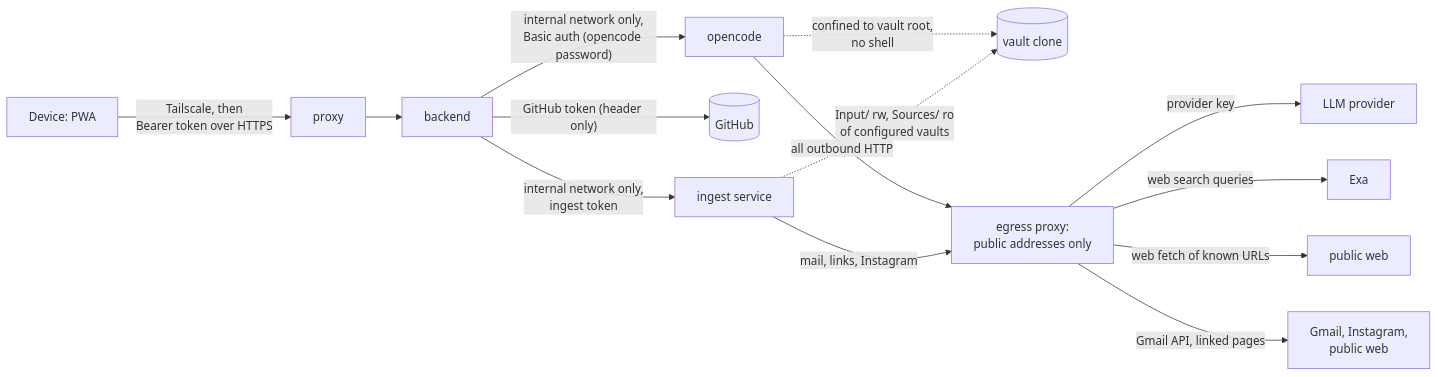
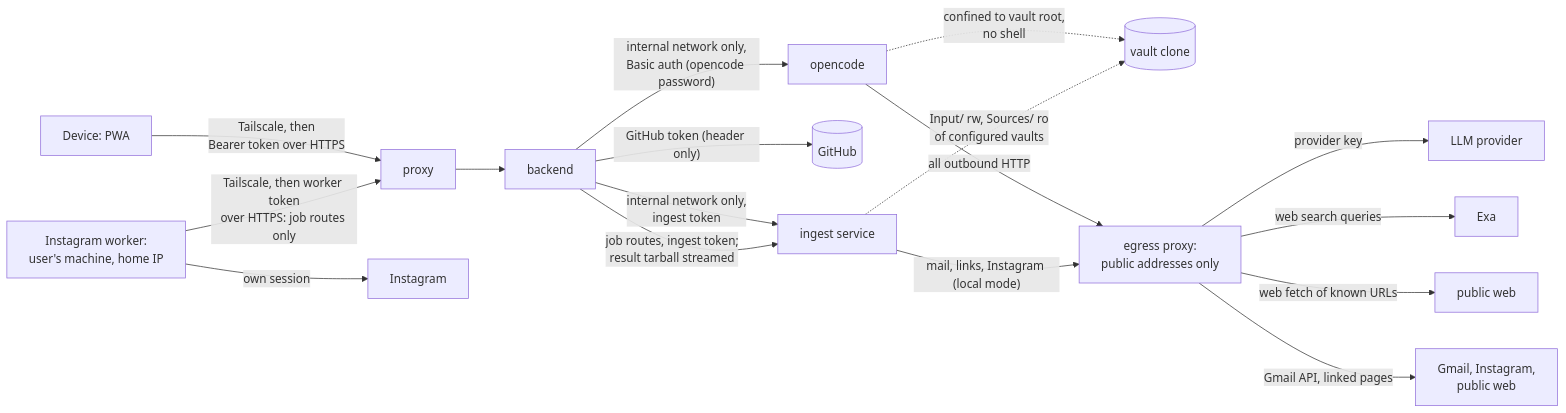
One commit to tillg/karpathy.app changed the diagram in specs/system/security.md. Above: the diagram before and after it, drawn with Mermaid. The commit also changed other lines of this file and 9 other files, not shown here.

````diff
--- a/specs/system/security.md
+++ b/specs/system/security.md
@@ -15,16 +15,19 @@
 ```mermaid
 flowchart LR
   D[Device: PWA] -- "Tailscale, then<br/>Bearer token over HTTPS" --> P[proxy]
   P --> B[backend]
   B -- "internal network only,<br/>Basic auth (opencode password)" --> O[opencode]
   O -. "confined to vault root,<br/>no shell" .-> V[(vault clone)]
   B -- "GitHub token (header only)" --> GH[(GitHub)]
   O -- "all outbound HTTP" --> E[egress proxy:<br/>public addresses only]
   E -- "provider key" --> LLM[LLM provider]
   E -- "web search queries" --> EXA[Exa]
   E -- "web fetch of known URLs" --> WEB[public web]
   B -- "internal network only,<br/>ingest token" --> I[ingest service]
   I -. "Input/ rw, Sources/ ro<br/>of configured vaults" .-> V
-  I -- "mail, links, Instagram" --> E
+  I -- "mail, links, Instagram (local mode)" --> E
   E -- "Gmail API, linked pages" --> MW[Gmail, Instagram,<br/>public web]
+  W[Instagram worker:<br/>user's machine, home IP] -- "Tailscale, then worker token<br/>over HTTPS: job routes only" --> P
+  W -- "own session" --> IG[Instagram]
+  B -- "job routes, ingest token;<br/>result tarball streamed" --> I
 ```
````
